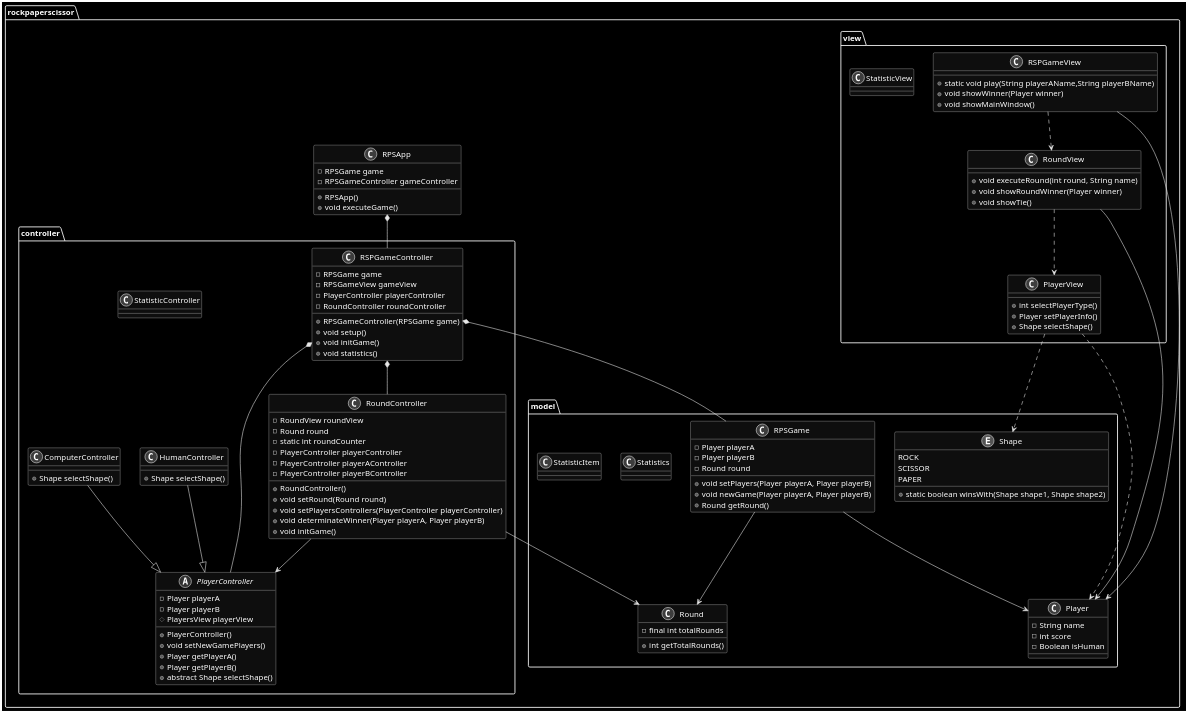
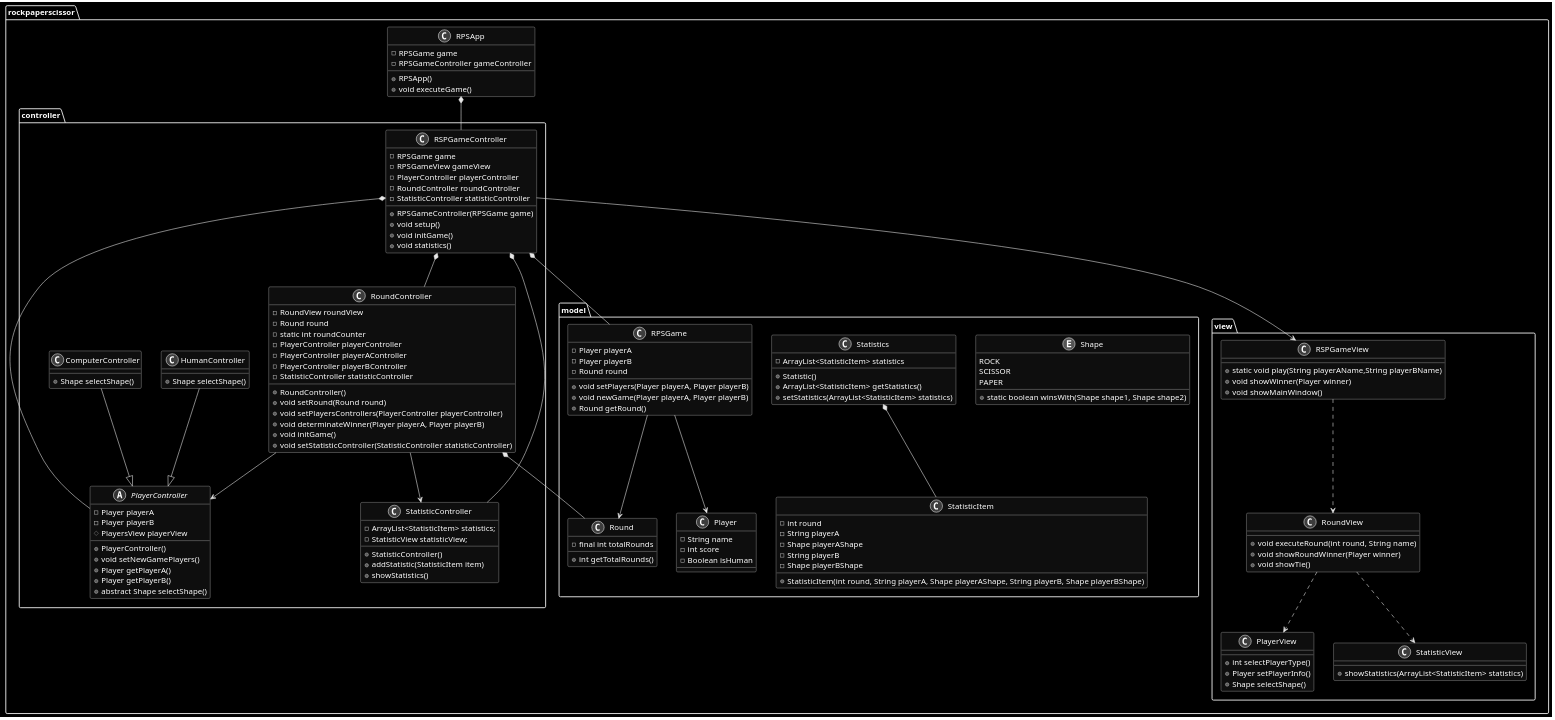
One commit to andrescordovatelus/RockPaperScissor-MVC changed the diagram in docs/rsp-mvc.wsd. Above: the diagram before and after it, drawn with PlantUML. The commit also changed 1 other file, not shown here.

Commit message:
fix diagram and showing message in statistics

```diff
--- a/docs/rsp-mvc.wsd
+++ b/docs/rsp-mvc.wsd
@@ -1,140 +1,160 @@
 @startuml rsp-mvc
 skinparam monochrome reverse
 package rockpaperscissor{
     class RPSApp{
         -RPSGame game
         -RPSGameController gameController
 
         +RPSApp()
         +void executeGame()
     }
     package model{
         class Player{
             -String name
             -int score
             -Boolean isHuman
         }
         Enum Shape{
             ROCK
             SCISSOR
             PAPER
 
             +static boolean winsWith(Shape shape1, Shape shape2)
         }
         class Round{
             -final int totalRounds
             +int getTotalRounds()
         }
         class RPSGame{
             -Player playerA
             -Player playerB
             -Round round
 
             +void setPlayers(Player playerA, Player playerB)
             +void newGame(Player playerA, Player playerB)
             +Round getRound()
         }
         class Statistics{
-
+            -ArrayList<StatisticItem> statistics
+            +Statistic()
+            +ArrayList<StatisticItem> getStatistics()
+            +setStatistics(ArrayList<StatisticItem> statistics)
         }
         class StatisticItem{
+            -int round
+            -String playerA
+            -Shape playerAShape
+            -String playerB
+            -Shape playerBShape
 
+            +StatisticItem(int round, String playerA, Shape playerAShape, String playerB, Shape playerBShape)
         }
 
-        RPSGame --> Player
-        RPSGame --> Round
+
     }
 
     package controller{
         class RSPGameController{
             -RPSGame game
             -RPSGameView gameView
             -PlayerController playerController
             -RoundController roundController
+            -StatisticController statisticController
 
             +RPSGameController(RPSGame game)
             +void setup()
             +void initGame()
             +void statistics()
         }
 
         abstract class PlayerController{
             -Player playerA
             -Player playerB
             #PlayersView playerView
 
             +PlayerController()
             +void setNewGamePlayers()
             +Player getPlayerA()
             +Player getPlayerB()
             +abstract Shape selectShape()
         }
 
         class RoundController{
             -RoundView roundView
             -Round round
             -static int roundCounter
             -PlayerController playerController
             -PlayerController playerAController
             -PlayerController playerBController
+            -StatisticController statisticController
 
             +RoundController()
             +void setRound(Round round)
             +void setPlayersControllers(PlayerController playerController)
             +void determinateWinner(Player playerA, Player playerB)
             +void initGame()
+            +void setStatisticController(StatisticController statisticController)
         }
         class StatisticController{
-            
+            -ArrayList<StatisticItem> statistics;
+            -StatisticView statisticView;
+
+            +StatisticController()
+            +addStatistic(StatisticItem item)
+            +showStatistics()
         }
 
         class HumanController{
             +Shape selectShape()
         }
 
         class ComputerController{
             +Shape selectShape()
         }
-
-        RSPGameController *-- RPSGame
-        RSPGameController *-- PlayerController
-        RSPGameController *-- RoundController
-        RoundController --> Round
-        RoundController --> PlayerController
-        ComputerController --|> PlayerController
-        HumanController --|> PlayerController
     }
     package view{
+
         class RSPGameView{
             +static void play(String playerAName,String playerBName)
             +void showWinner(Player winner)
             +void showMainWindow()
         }
 
         class PlayerView{
             +int selectPlayerType()
             +Player setPlayerInfo()
             +Shape selectShape()
         }
 
         class RoundView{
             +void executeRound(int round, String name)
             +void showRoundWinner(Player winner)
             +void showTie()
         }
         class StatisticView{
-
+            +showStatistics(ArrayList<StatisticItem> statistics)
         }
-
-        PlayerView ..> Player
-        PlayerView ..> Shape
-        RSPGameView --> Player
-        RoundView --> Player
-
-        RSPGameView ..> RoundView
-        RoundView ..> PlayerView
     }
 
+    RPSGame --> Player
+    RPSGame --> Round
+    Statistics *-- StatisticItem
+
+    RSPGameController *-- RPSGame
+    RSPGameController *-- PlayerController
+    RSPGameController *-- RoundController
+    RSPGameController *-- StatisticController
+    RoundController *-- Round
+    RoundController --> PlayerController
+    RoundController --> StatisticController
+    ComputerController --|> PlayerController
+    HumanController --|> PlayerController
+    RSPGameController --> RSPGameView
+
     RPSApp *-- RSPGameController
+
+    RSPGameView ..> RoundView
+    RoundView ..> PlayerView
+    RoundView ..> StatisticView
 }
 @enduml
```
